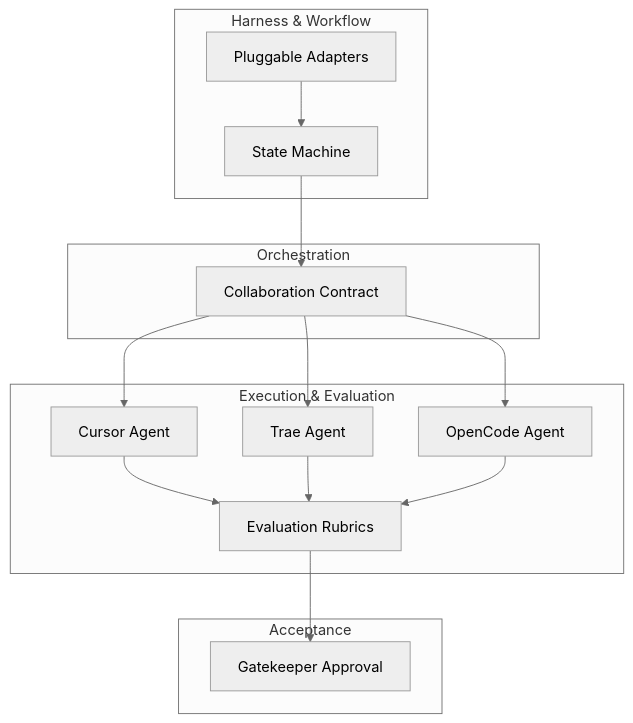
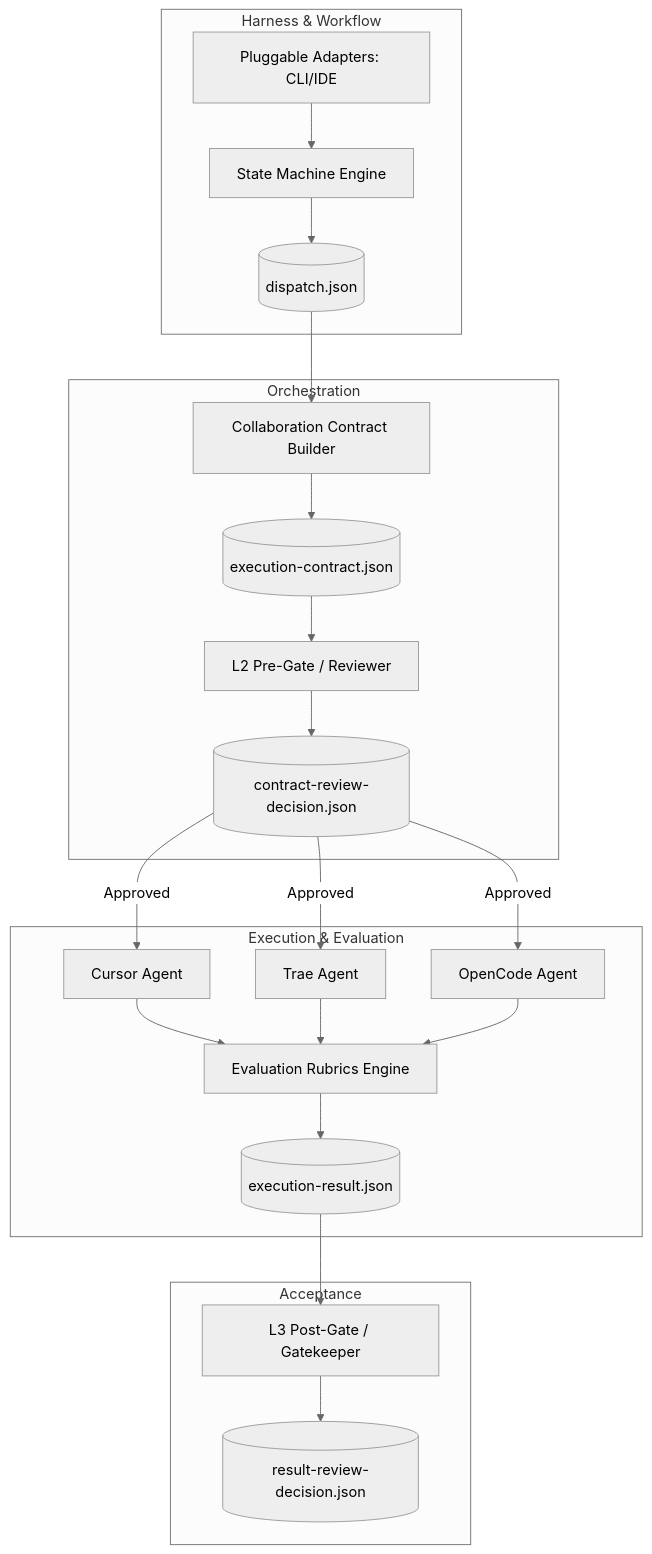
Before and after one commit to moyage/team-agents-cowork: the diagram in documentation/EN/ARCHITECTURE.md, drawn with Mermaid (neutral theme). The commit also changed other lines of this file and 13 other files, not shown here.

Commit message:
docs(v0.7): execute V0.7 Documentation Enrichment using delegated SubAgent-TechWriter to attain Deer-Flow level detail

````diff
--- a/documentation/EN/ARCHITECTURE.md
+++ b/documentation/EN/ARCHITECTURE.md
@@ -7,32 +9,44 @@
 ```mermaid
 graph TD
     subgraph Harness & Workflow
-        A1[Pluggable Adapters]
-        A2[State Machine]
+        A1[Pluggable Adapters: CLI/IDE]
+        A2[State Machine Engine]
+        A3[(dispatch.json)]
     end
     
     subgraph Orchestration
-        B1[Collaboration Contract]
+        B1[Collaboration Contract Builder]
+        B2[(execution-contract.json)]
+        B3[L2 Pre-Gate / Reviewer]
+        B4[(contract-review-decision.json)]
     end
     
     subgraph Execution & Evaluation
         C1[Cursor Agent]
         C2[Trae Agent]
         C3[OpenCode Agent]
-        D1[Evaluation Rubrics]
+        D1[Evaluation Rubrics Engine]
+        D2[(execution-result.json)]
     end
     
     subgraph Acceptance
-        E1[Gatekeeper Approval]
+        E1[L3 Post-Gate / Gatekeeper]
+        E2[(result-review-decision.json)]
     end
 
     A1 --> A2
-    A2 --> B1
-    B1 --> C1
-    B1 --> C2
-    B1 --> C3
+    A2 --> A3
+    A3 --> B1
+    B1 --> B2
+    B2 --> B3
+    B3 --> B4
+    B4 --"Approved"--> C1
+    B4 --"Approved"--> C2
+    B4 --"Approved"--> C3
     C1 --> D1
     C2 --> D1
     C3 --> D1
-    D1 --> E1
+    D1 --> D2
+    D2 --> E1
+    E1 --> E2
 ```
````
